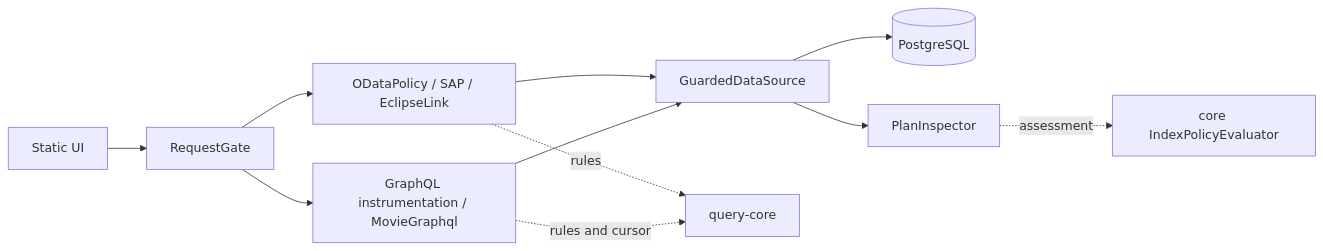
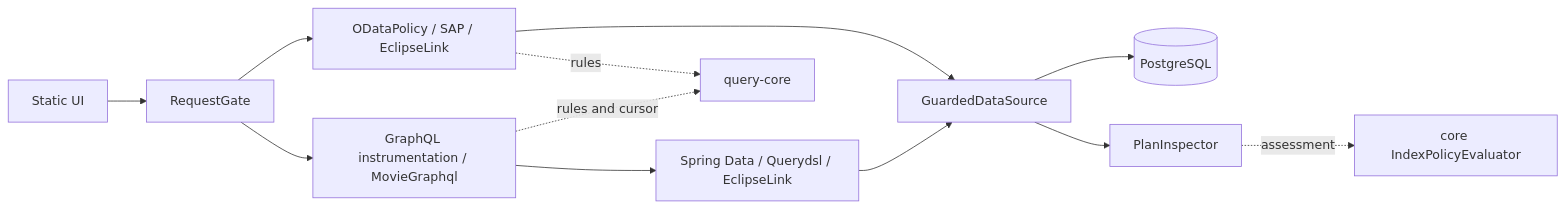
One commit to davutg/OdataGraphQL_MovieDB_Query_POC changed the first of 2 diagrams in docs/developer-implementation-guide.md. Above: the diagram before and after it, drawn with Mermaid. The commit also changed other lines of this file and 28 other files, not shown here.

Commit message:
Replace GraphQL JDBC queries with Querydsl and shared JPA repositories

````diff
--- a/docs/developer-implementation-guide.md
+++ b/docs/developer-implementation-guide.md
@@ -16,13 +16,14 @@
 ```mermaid
 flowchart LR
   UI[Static UI] --> Gate[RequestGate]
   Gate --> OD[ODataPolicy / SAP / EclipseLink]
   Gate --> GQ[GraphQL instrumentation / MovieGraphql]
   OD --> JDBC[GuardedDataSource]
-  GQ --> JDBC
+  GQ --> Repo[Spring Data / Querydsl / EclipseLink]
+  Repo --> JDBC
   JDBC --> PG[(PostgreSQL)]
   OD -. rules .-> Core[query-core]
   GQ -. rules and cursor .-> Core
   JDBC --> Inspector[PlanInspector]
   Inspector -. assessment .-> Evaluator[core IndexPolicyEvaluator]
 ```
````
